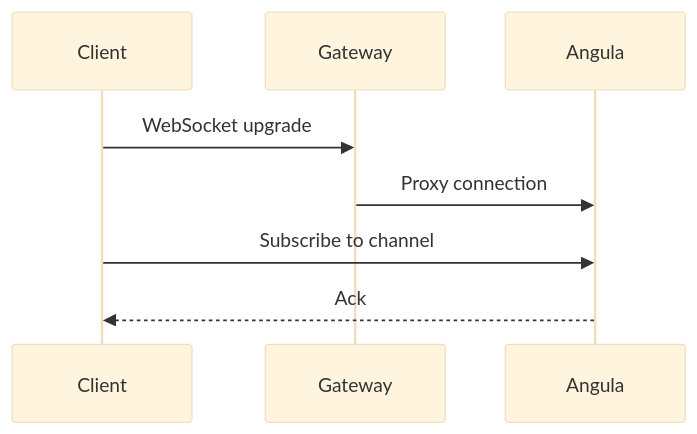
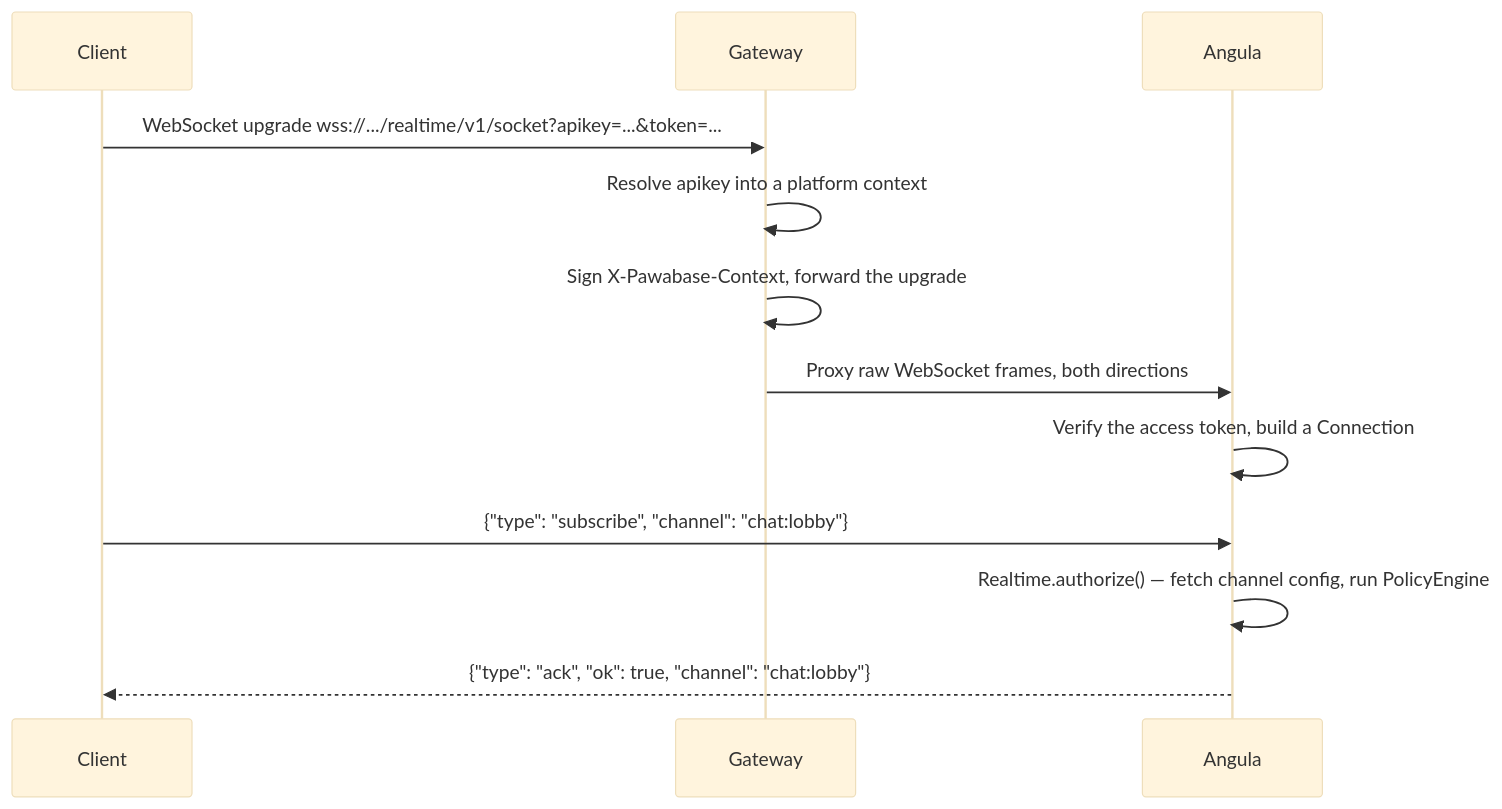
One commit to sillohq/pawabase changed the first of 2 diagrams in apps/docs/realtime/overview.mdx. Above: the diagram before and after it, drawn with Mermaid (base theme). The commit also changed other lines of this file and 128 other files, not shown here.

````diff
--- a/apps/docs/realtime/overview.mdx
+++ b/apps/docs/realtime/overview.mdx
@@ -35,10 +27,14 @@
 ```mermaid
 sequenceDiagram
     participant Client
     participant Gateway
     participant Angula
-    Client->>Gateway: WebSocket upgrade
-    Gateway->>Angula: Proxy connection
-    Client->>Angula: Subscribe to channel
-    Angula-->>Client: Ack
+    Client->>Gateway: WebSocket upgrade wss://.../realtime/v1/socket?apikey=...&token=...
+    Gateway->>Gateway: Resolve apikey into a platform context
+    Gateway->>Gateway: Sign X-Pawabase-Context, forward the upgrade
+    Gateway->>Angula: Proxy raw WebSocket frames, both directions
+    Angula->>Angula: Verify the access token, build a Connection
+    Client->>Angula: {"type": "subscribe", "channel": "chat:lobby"}
+    Angula->>Angula: Realtime.authorize() — fetch channel config, run PolicyEngine
+    Angula-->>Client: {"type": "ack", "ok": true, "channel": "chat:lobby"}
 ```
````
